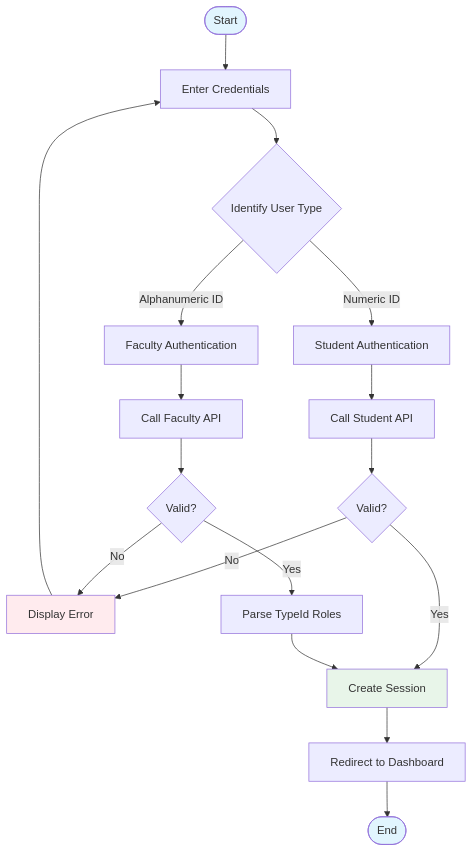
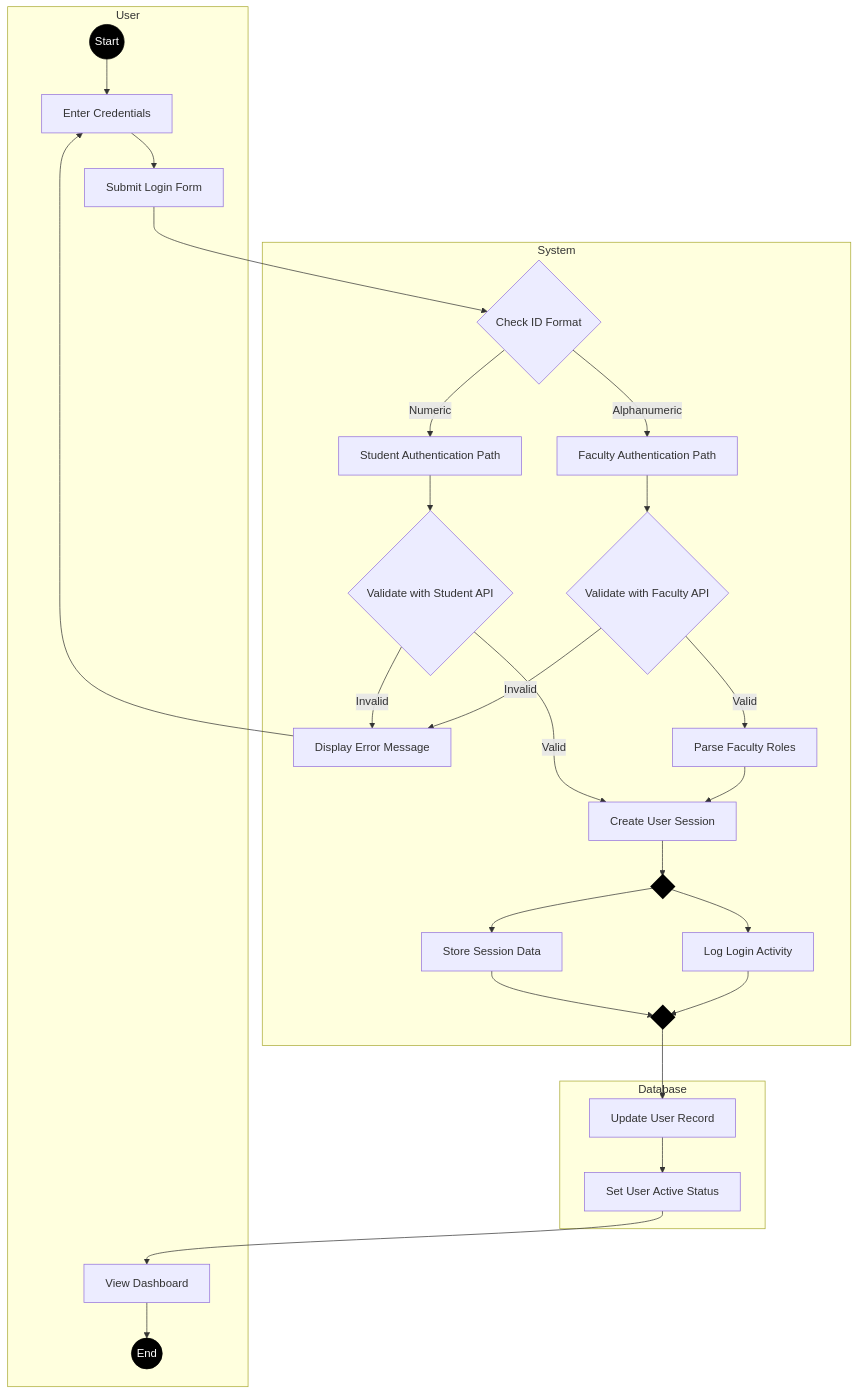
One commit to abdullah2323442/thesisrepo-backup changed the first of 6 diagrams in activity.md. Above: the diagram before and after it, drawn with Mermaid. The commit also changed other lines of this file and 1 other file, not shown here.

First line of the commit message:
Add activity viewer page with Mermaid diagrams for thesis repository management system

````diff
--- a/activity.md
+++ b/activity.md
@@ -16,31 +16,48 @@
 ```mermaid
-graph TD
-    Start([Start]) --> Input[Enter Credentials]
-    Input --> CheckType{Identify User Type}
+graph TB
+    subgraph "User"
+        Start1((Start))
+        Start1 --> EnterCred[Enter Credentials]
+        EnterCred --> Submit[Submit Login Form]
+    end
     
-    CheckType -->|Numeric ID| StudentAuth[Student Authentication]
-    CheckType -->|Alphanumeric ID| FacultyAuth[Faculty Authentication]
+    subgraph "System"
+        Submit --> CheckType{Check ID Format}
+        CheckType -->|Numeric| StudentPath[Student Authentication Path]
+        CheckType -->|Alphanumeric| FacultyPath[Faculty Authentication Path]
+        
+        StudentPath --> ValidateStudent{Validate with Student API}
+        FacultyPath --> ValidateFaculty{Validate with Faculty API}
+        
+        ValidateStudent -->|Invalid| ShowError[Display Error Message]
+        ValidateFaculty -->|Invalid| ShowError
+        
+        ShowError --> EnterCred
+        
+        ValidateStudent -->|Valid| CreateSession[Create User Session]
+        ValidateFaculty -->|Valid| ParseRoles[Parse Faculty Roles]
+        ParseRoles --> CreateSession
+        
+        CreateSession --> Fork1{" "}
+        Fork1 --> StoreSession[Store Session Data]
+        Fork1 --> LogActivity[Log Login Activity]
+        
+        StoreSession --> Join1{" "}
+        LogActivity --> Join1
+    end
     
-    StudentAuth --> CallStudentAPI[Call Student API]
-    FacultyAuth --> CallFacultyAPI[Call Faculty API]
+    subgraph "Database"
+        Join1 --> UpdateUser[Update User Record]
+        UpdateUser --> SetActive[Set User Active Status]
+    end
     
-    CallStudentAPI --> ValidateS{Valid?}
-    CallFacultyAPI --> ValidateF{Valid?}
+    subgraph "User"
+        SetActive --> RedirectDash[View Dashboard]
+        RedirectDash --> End1((End))
+    end
     
-    ValidateS -->|No| ShowError[Display Error]
-    ValidateF -->|No| ShowError
-    
-    ValidateS -->|Yes| CreateSession[Create Session]
-    ValidateF -->|Yes| ParseRoles[Parse TypeId Roles]
-    
-    ParseRoles --> CreateSession
-    CreateSession --> RedirectDashboard[Redirect to Dashboard]
-    
-    ShowError --> Input
-    RedirectDashboard --> End([End])
-    
-    style Start fill:#e1f5fe
-    style End fill:#e1f5fe
-    style ShowError fill:#ffebee
-    style CreateSession fill:#e8f5e9
+    style Start1 fill:#000,stroke:#000,color:#fff
+    style End1 fill:#000,stroke:#000,color:#fff
+    style Fork1 fill:#000,stroke:#000,stroke-width:4px
+    style Join1 fill:#000,stroke:#000,stroke-width:4px
 ```
````
